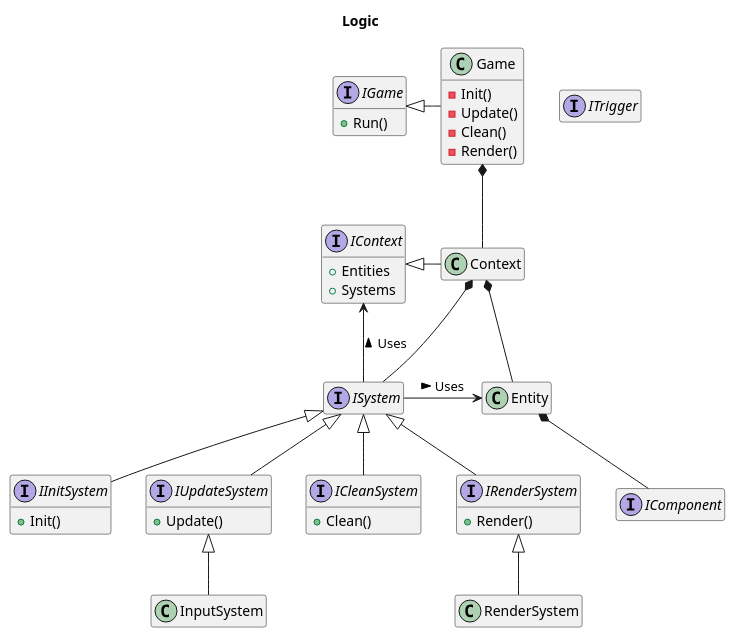
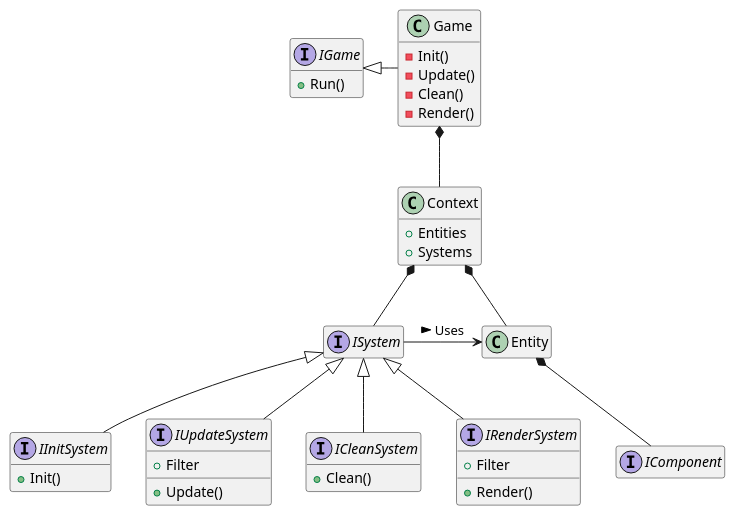
One commit to jcawe/Engine changed the first of 3 diagrams in uml/ECS.wsd. Above: the diagram before and after it, drawn with PlantUML. The commit also changed other lines of this file, not shown here.

Commit message:
Update uml

```diff
--- a/uml/ECS.wsd
+++ b/uml/ECS.wsd
@@ -1,69 +1,56 @@
 @startuml
 
 hide empty members
-
-title Logic
 
 class Entity
 interface IComponent
 interface ISystem
 
 Entity *-- IComponent
 ISystem -right-> Entity : Uses >
 
-interface IContext {
+class Context {
     +Entities
     +Systems
 }
-class Context
-
-IContext <|-right- Context
 
 Context *-- Entity
 Context *-- ISystem
-
-ISystem -up-> IContext : Uses >
 
 interface IGame {
     +Run()
 }
 
 class Game {
     -Init()
     -Update()
     -Clean()
     -Render()
 }
 
 IGame <|-right- Game
 Game *-- Context
 
 interface IInitSystem {
     +Init()
 }
 
 interface IUpdateSystem {
+    +Filter
     +Update()
 }
 
 interface ICleanSystem {
     +Clean()
 }
 
 interface IRenderSystem {
+    +Filter
     +Render()
 }
-
-class RenderSystem
-class InputSystem
 
 ISystem <|-- IInitSystem
 ISystem <|-- IUpdateSystem
 ISystem <|-- ICleanSystem
 ISystem <|-- IRenderSystem
-IRenderSystem <|-- RenderSystem
-IUpdateSystem <|-- InputSystem
-
-interface ITrigger
-
 @enduml
```
